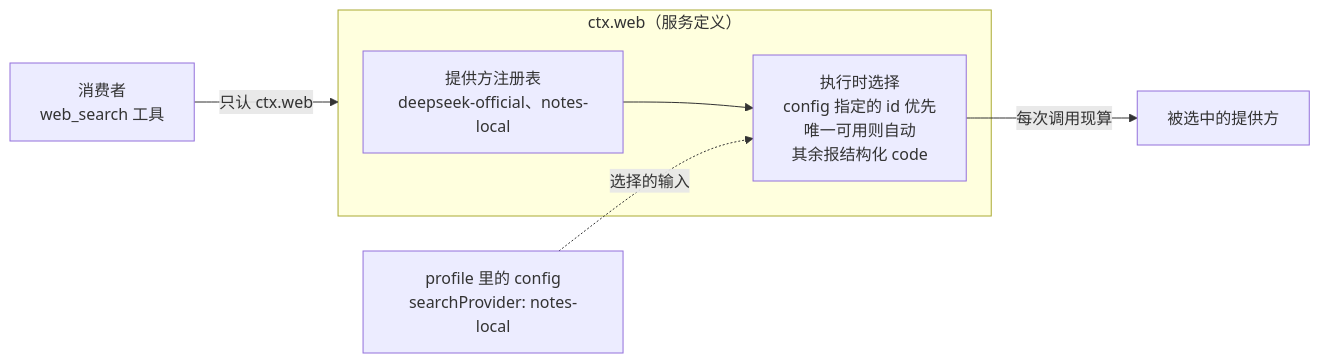
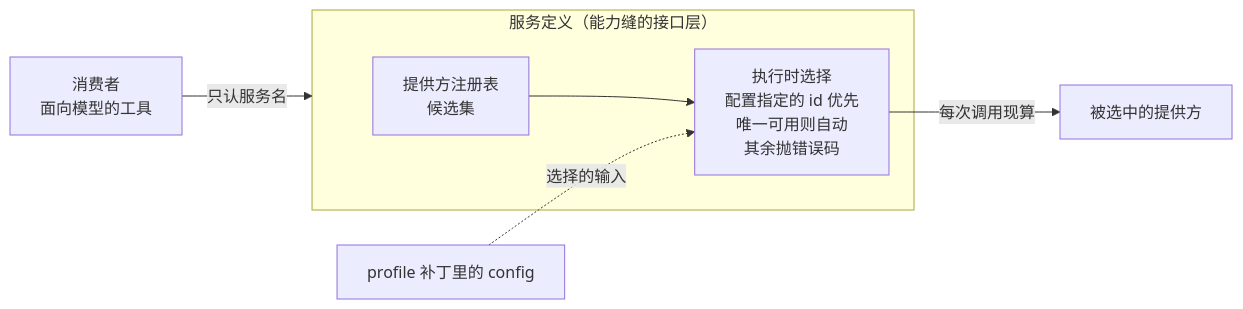
The first of 3 diagrams in dsh 插件开发学习/08-替换内置能力的提供方与消费者.md (anthonyzhao-4926/blog), drawn with Mermaid before and after one commit. The commit also changed other lines of this file and 38 other files, not shown here.

````diff
--- a/dsh 插件开发学习/08-替换内置能力的提供方与消费者.md
+++ b/dsh 插件开发学习/08-替换内置能力的提供方与消费者.md
@@ -45,11 +47,11 @@
 ```mermaid
 flowchart LR
-    C["消费者<br/>web_search 工具"] -->|"只认 ctx.web"| S
-    subgraph S["ctx.web（服务定义）"]
-        R["提供方注册表<br/>deepseek-official、notes-local"]
-        P["执行时选择<br/>config 指定的 id 优先<br/>唯一可用则自动<br/>其余报结构化 code"]
+    C["消费者<br/>面向模型的工具"] -->|"只认服务名"| S
+    subgraph S["服务定义（能力缝的接口层）"]
+        R["提供方注册表<br/>候选集"]
+        P["执行时选择<br/>配置指定的 id 优先<br/>唯一可用则自动<br/>其余抛错误码"]
         R --> P
     end
     P -->|"每次调用现算"| W["被选中的提供方"]
-    CFG["profile 里的 config<br/>searchProvider: notes-local"] -.->|"选择的输入"| P
+    CFG["profile 补丁里的 config"] -.->|"选择的输入"| P
 ```
````
